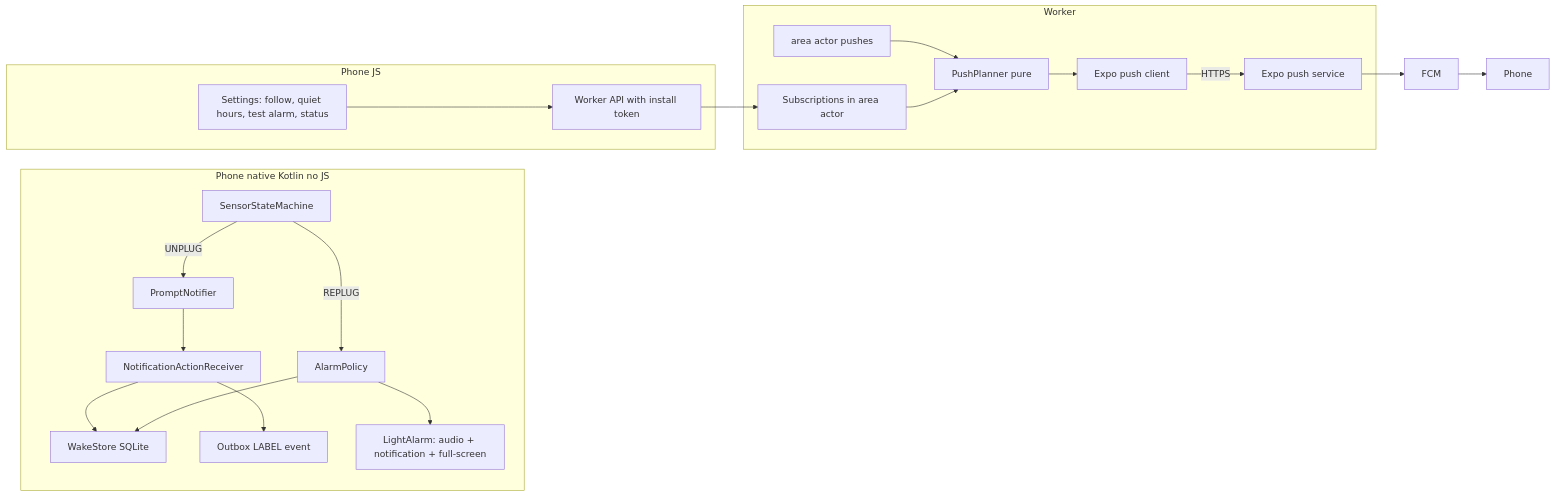
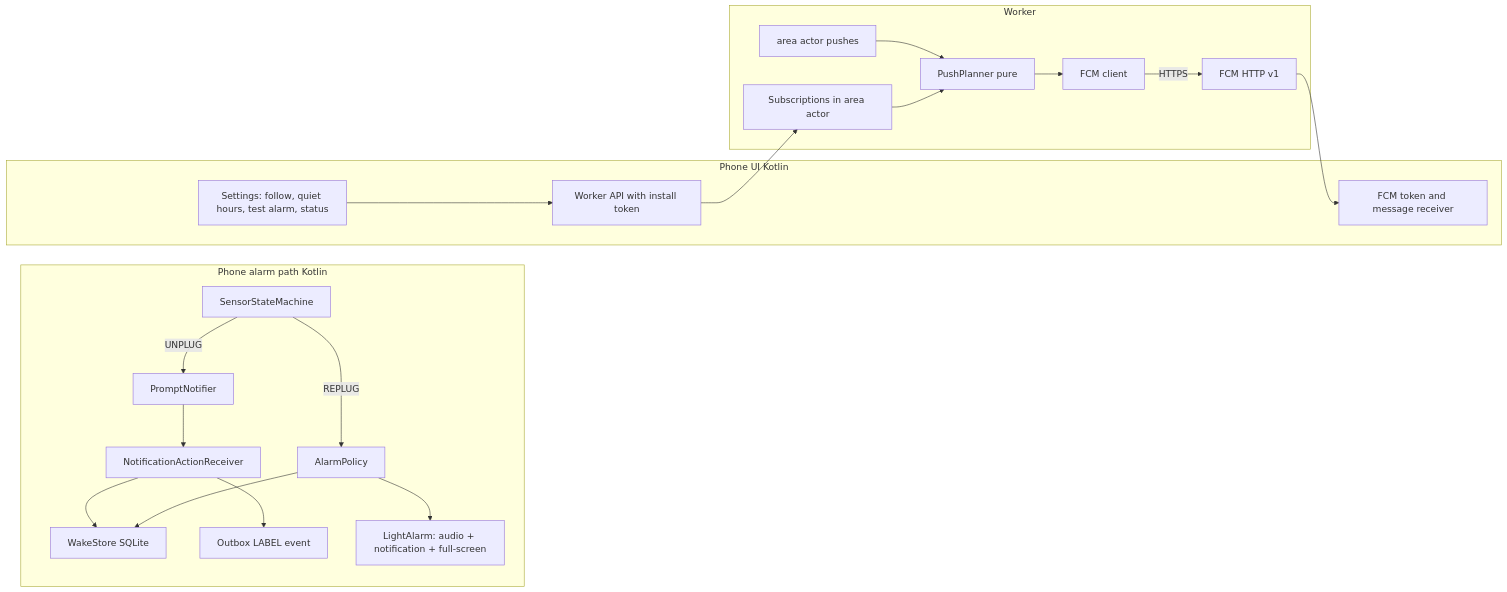
The first of 5 diagrams in .kiro/specs/alerts-and-light-alarm/design.md (3akare/outage), drawn with Mermaid before and after one commit. The commit also changed other lines of this file and 108 other files, not shown here.

Commit message:
refactor(stack): move the app to native Kotlin, remove Expo/React Native/EAS, add Gradle probe and CI [spec:all task:adr-0012]

````diff
--- a/.kiro/specs/alerts-and-light-alarm/design.md
+++ b/.kiro/specs/alerts-and-light-alarm/design.md
@@ -9,23 +9,24 @@
 ```mermaid
 flowchart LR
-    subgraph Phone native Kotlin no JS
+    subgraph Phone alarm path Kotlin
       SM[SensorStateMachine] -->|UNPLUG| PN[PromptNotifier]
       SM -->|REPLUG| AP[AlarmPolicy]
       PN --> NA[NotificationActionReceiver]
       NA --> WS[WakeStore SQLite]
       NA --> OB[Outbox LABEL event]
       AP --> WS
       AP --> LA[LightAlarm: audio + notification + full-screen]
     end
-    subgraph Phone JS
+    subgraph Phone UI Kotlin
       UI[Settings: follow, quiet hours, test alarm, status]
       UI --> API[Worker API with install token]
+      FMS[FCM token and message receiver]
     end
     subgraph Worker
       API --> SUB[Subscriptions in area actor]
       AA[area actor pushes] --> PP[PushPlanner pure]
-      SUB --> PP --> EX[Expo push client]
-      EX -->|HTTPS| XP[Expo push service]
+      SUB --> PP --> FC[FCM client]
+      FC -->|HTTPS| FCM[FCM HTTP v1]
     end
-    XP --> FCM[FCM] --> Phone
+    FCM --> FMS
 ```
````
